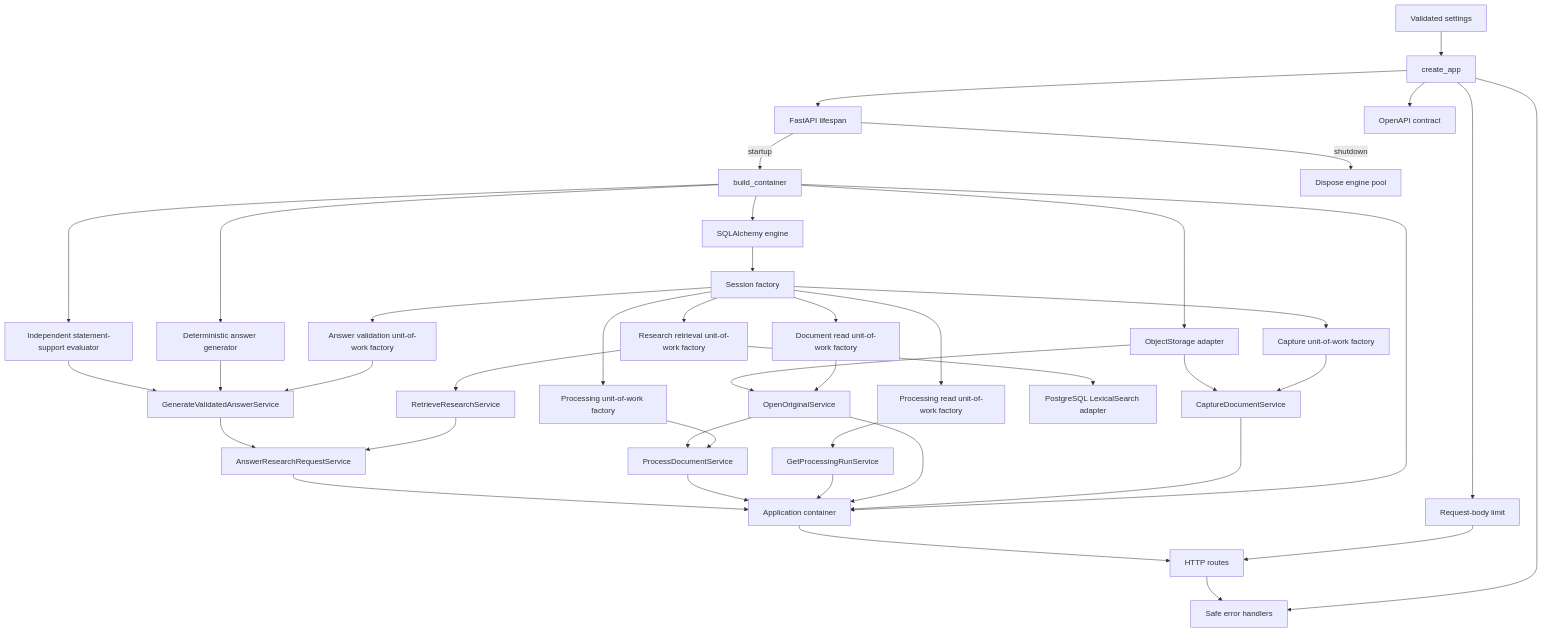
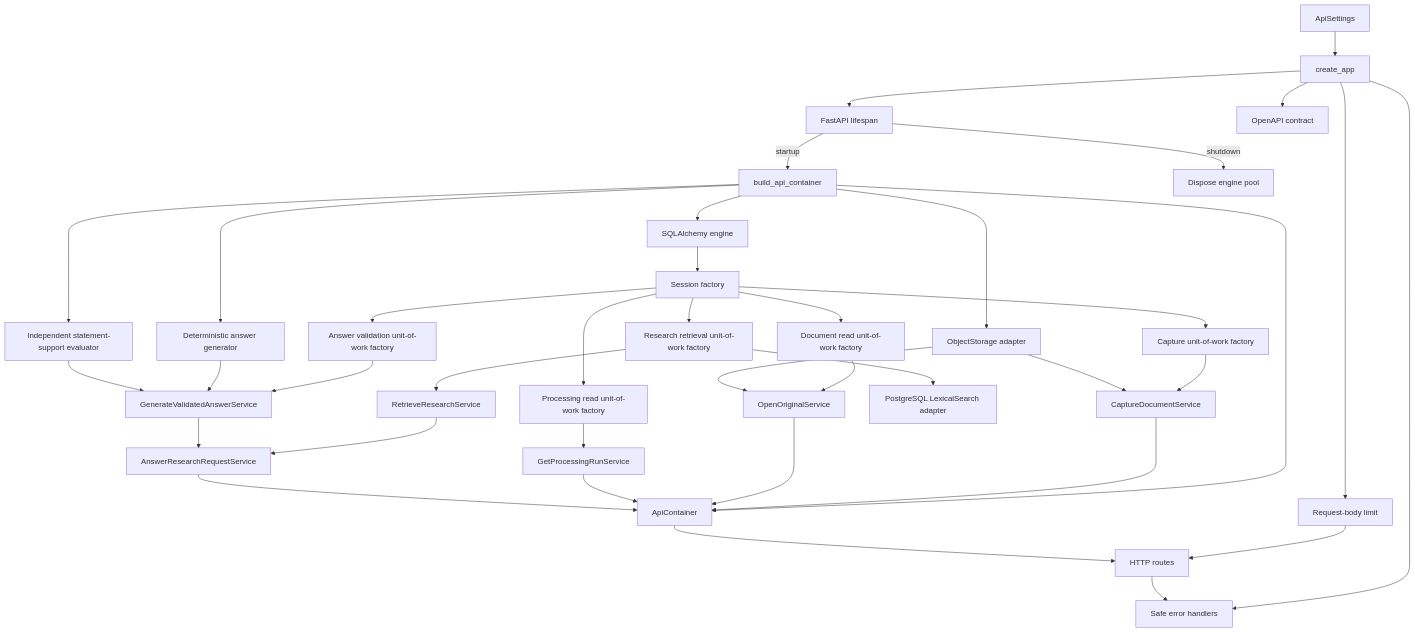
The first of 2 diagrams in backend/src/investment_research/README.md (rnkraus/investment-research), drawn with Mermaid before and after one commit. The commit also changed other lines of this file and 2 other files, not shown here.

Commit message:
docs(runtime): document process-specific configuration

````diff
--- a/backend/src/investment_research/README.md
+++ b/backend/src/investment_research/README.md
@@ -19,44 +19,40 @@
 ```mermaid
 flowchart TD
-    SETTINGS[Validated settings] --> MAIN[create_app]
+    SETTINGS[ApiSettings] --> MAIN[create_app]
     MAIN --> LIFE[FastAPI lifespan]
-    LIFE -->|startup| BOOT[build_container]
+    LIFE -->|startup| BOOT[build_api_container]
     BOOT --> ENGINE[SQLAlchemy engine]
     ENGINE --> SESSIONS[Session factory]
     SESSIONS --> CAPTUREUOW[Capture unit-of-work factory]
     SESSIONS --> READUOW[Document read unit-of-work factory]
     SESSIONS --> STATUSUOW[Processing read unit-of-work factory]
-    SESSIONS --> PROCESSUOW[Processing unit-of-work factory]
     SESSIONS --> RETRIEVALUOW[Research retrieval unit-of-work factory]
     SESSIONS --> ANSWERUOW[Answer validation unit-of-work factory]
     BOOT --> STORAGE[ObjectStorage adapter]
     BOOT --> GENERATOR[Deterministic answer generator]
     BOOT --> SUPPORT[Independent statement-support evaluator]
     CAPTUREUOW --> CAPTURE[CaptureDocumentService]
     READUOW --> ORIGINAL[OpenOriginalService]
     STATUSUOW --> STATUS[GetProcessingRunService]
-    PROCESSUOW --> PROCESS[ProcessDocumentService]
     RETRIEVALUOW --> RETRIEVE[RetrieveResearchService]
     RETRIEVALUOW --> LEXICAL[PostgreSQL LexicalSearch adapter]
     ANSWERUOW --> GENERATE[GenerateValidatedAnswerService]
     GENERATOR --> GENERATE
     SUPPORT --> GENERATE
     RETRIEVE --> ANSWERREQUEST[AnswerResearchRequestService]
     GENERATE --> ANSWERREQUEST
     STORAGE --> CAPTURE
     STORAGE --> ORIGINAL
-    ORIGINAL --> PROCESS
-    BOOT --> STATE[Application container]
+    BOOT --> STATE[ApiContainer]
     CAPTURE --> STATE
     ORIGINAL --> STATE
     STATUS --> STATE
-    PROCESS --> STATE
     ANSWERREQUEST --> STATE
     MAIN --> LIMIT[Request-body limit]
     LIMIT --> ROUTES[HTTP routes]
     MAIN --> ERRORS[Safe error handlers]
     MAIN --> OPENAPI[OpenAPI contract]
     STATE --> ROUTES
     ROUTES --> ERRORS
     LIFE -->|shutdown| CLOSE[Dispose engine pool]
 ```
````
